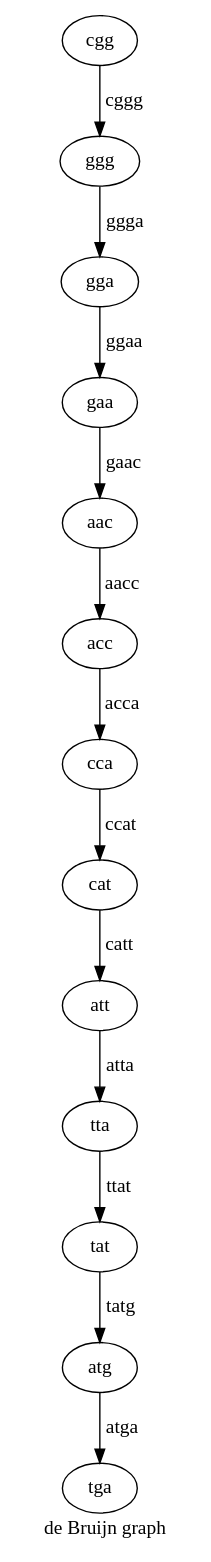
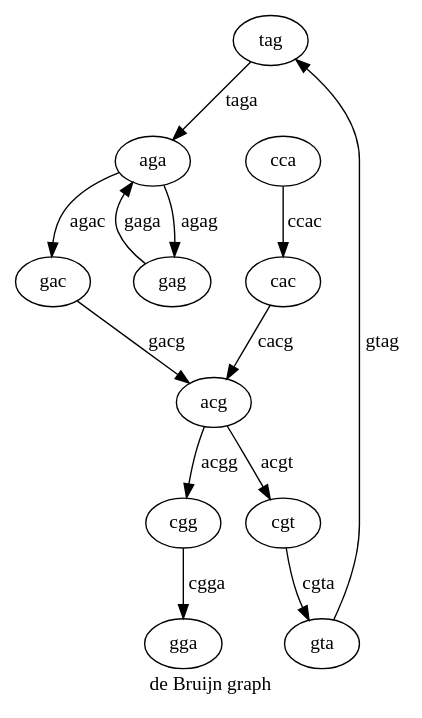
The diagram in P2/deBruijn.dot (Jweston1080/Bioinfo), drawn with Graphviz before and after one commit. The commit also changed 2 other files, not shown here.

```diff
--- a/P2/deBruijn.dot
+++ b/P2/deBruijn.dot
@@ -1,15 +1,15 @@
 digraph {
 label="de Bruijn graph"
-atg->tga[label=atga];
-cgg->ggg[label=cggg];
-ggg->gga[label=ggga];
-att->tta[label=atta];
-tta->tat[label=ttat];
-aac->acc[label=aacc];
-acc->cca[label=acca];
-tat->atg[label=tatg];
-cca->cat[label=ccat];
-gaa->aac[label=gaac];
-cat->att[label=catt];
-gga->gaa[label=ggaa];
+tag->aga[label=taga];
+aga->gag[label=agag];
+aga->gac[label=agac];
+gag->aga[label=gaga];
+acg->cgt[label=acgt];
+acg->cgg[label=acgg];
+cgt->gta[label=cgta];
+gac->acg[label=gacg];
+cac->acg[label=cacg];
+gta->tag[label=gtag];
+cca->cac[label=ccac];
+cgg->gga[label=cgga];
 }
```
